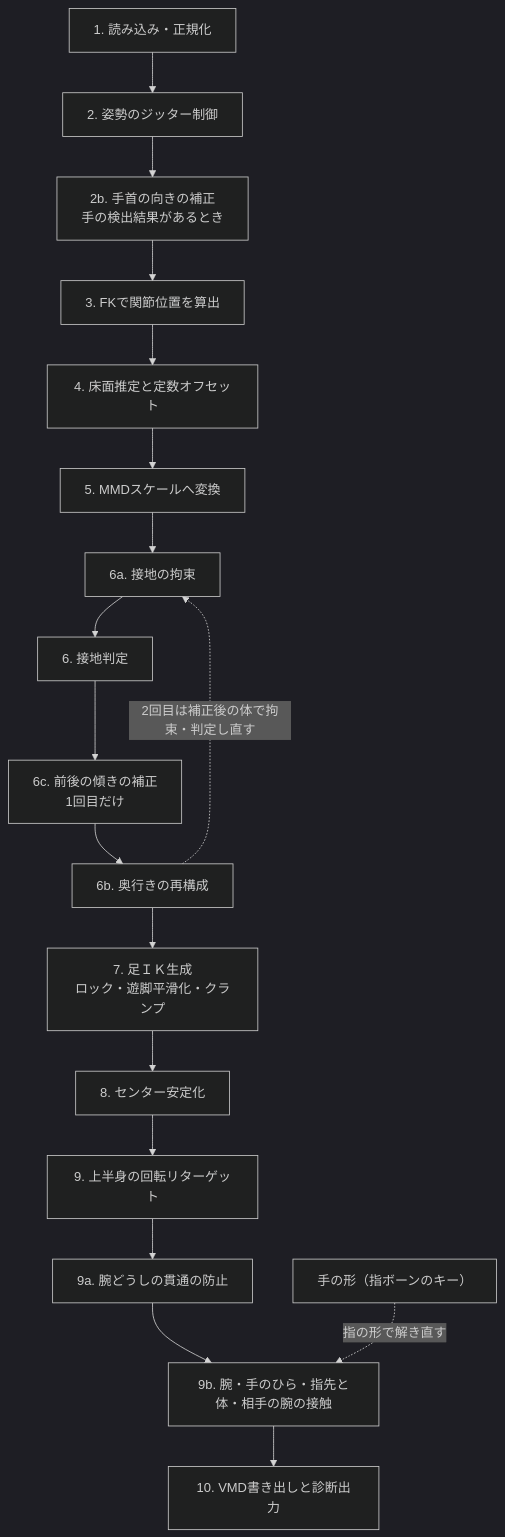
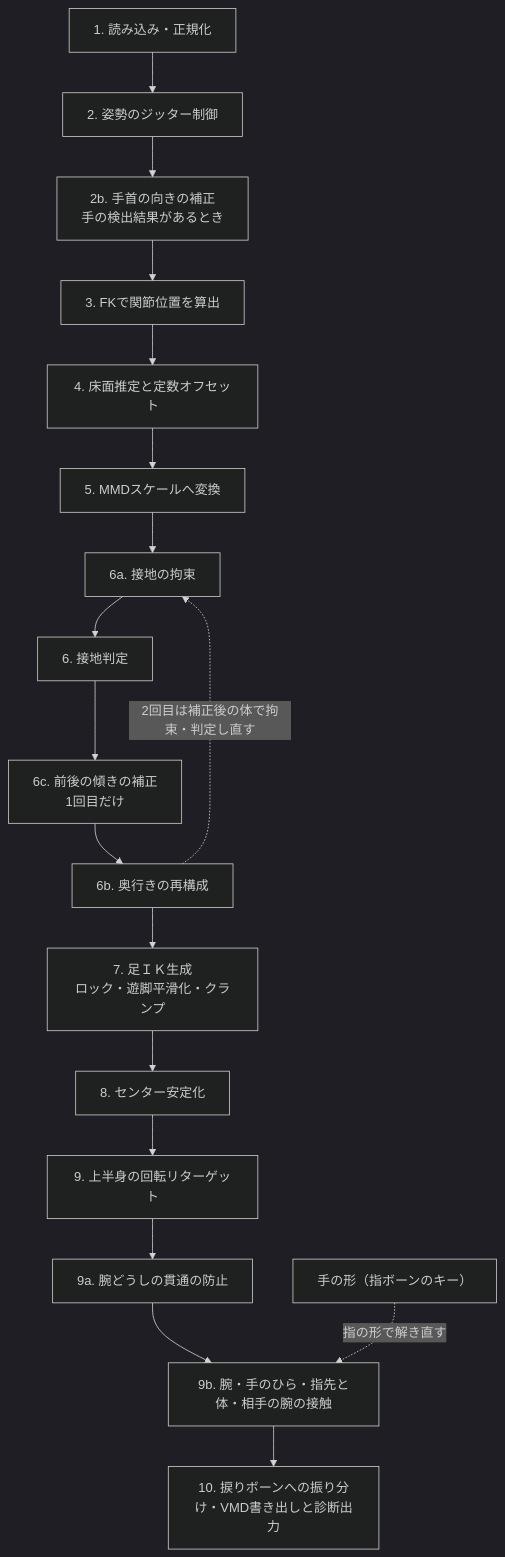
One commit to yamak493/nlf changed the diagram in vmd.md. Above: the diagram before and after it, drawn with Mermaid (dark theme). The commit also changed other lines of this file and 17 other files, not shown here.

````diff
--- a/vmd.md
+++ b/vmd.md
@@ -7,20 +7,20 @@
 ```mermaid
 flowchart TD
   A[1. 読み込み・正規化] --> B[2. 姿勢のジッター制御]
   B --> B2[2b. 手首の向きの補正<br/>手の検出結果があるとき]
   B2 --> C[3. FKで関節位置を算出]
   C --> D[4. 床面推定と定数オフセット]
   D --> E[5. MMDスケールへ変換]
   E --> F0[6a. 接地の拘束]
   F0 --> F[6. 接地判定]
   F --> F3[6c. 前後の傾きの補正<br/>1回目だけ]
   F3 --> F2[6b. 奥行きの再構成]
   F2 -. 2回目は補正後の体で拘束・判定し直す .-> F0
   F2 --> G[7. 足ＩＫ生成<br/>ロック・遊脚平滑化・クランプ]
   G --> H[8. センター安定化]
   H --> I[9. 上半身の回転リターゲット]
   I --> I2[9a. 腕どうしの貫通の防止]
   I2 --> I3[9b. 腕・手のひら・指先と体・相手の腕の接触]
-  I3 --> J[10. VMD書き出しと診断出力]
+  I3 --> J[10. 捩りボーンへの振り分け・VMD書き出しと診断出力]
   K[手の形（指ボーンのキー）] -. 指の形で解き直す .-> I3
 ```
````
